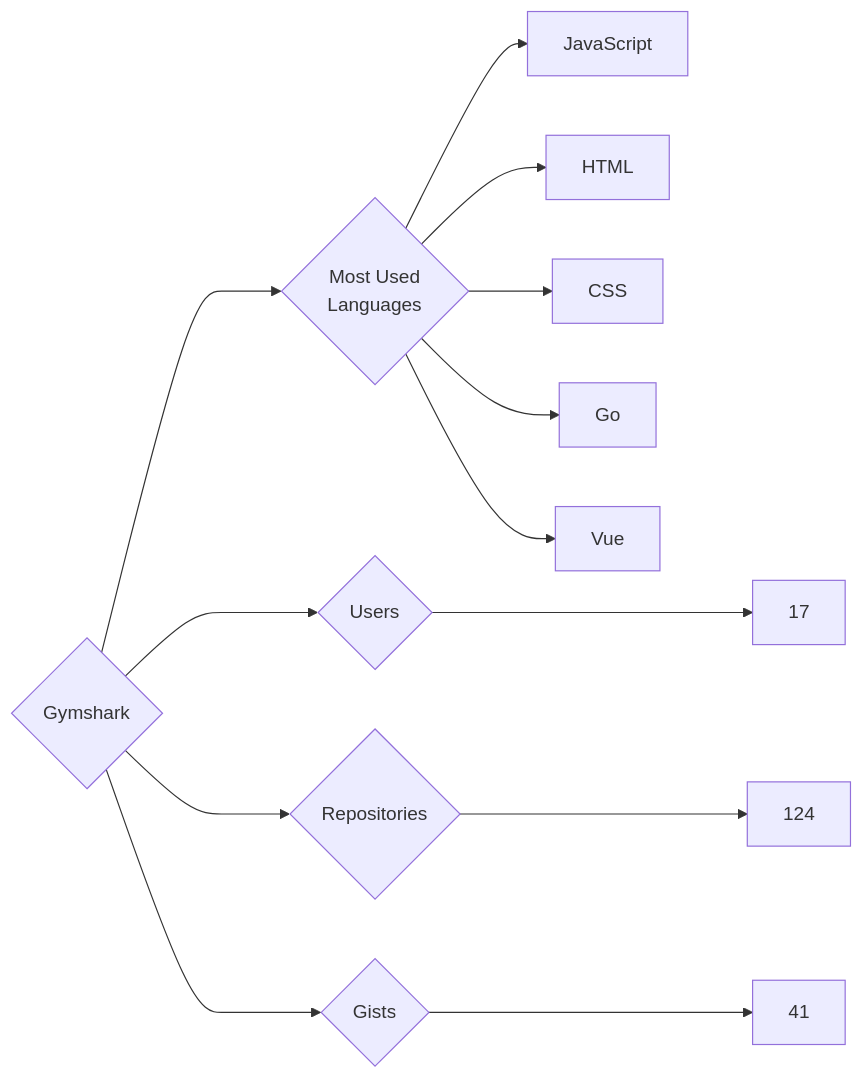
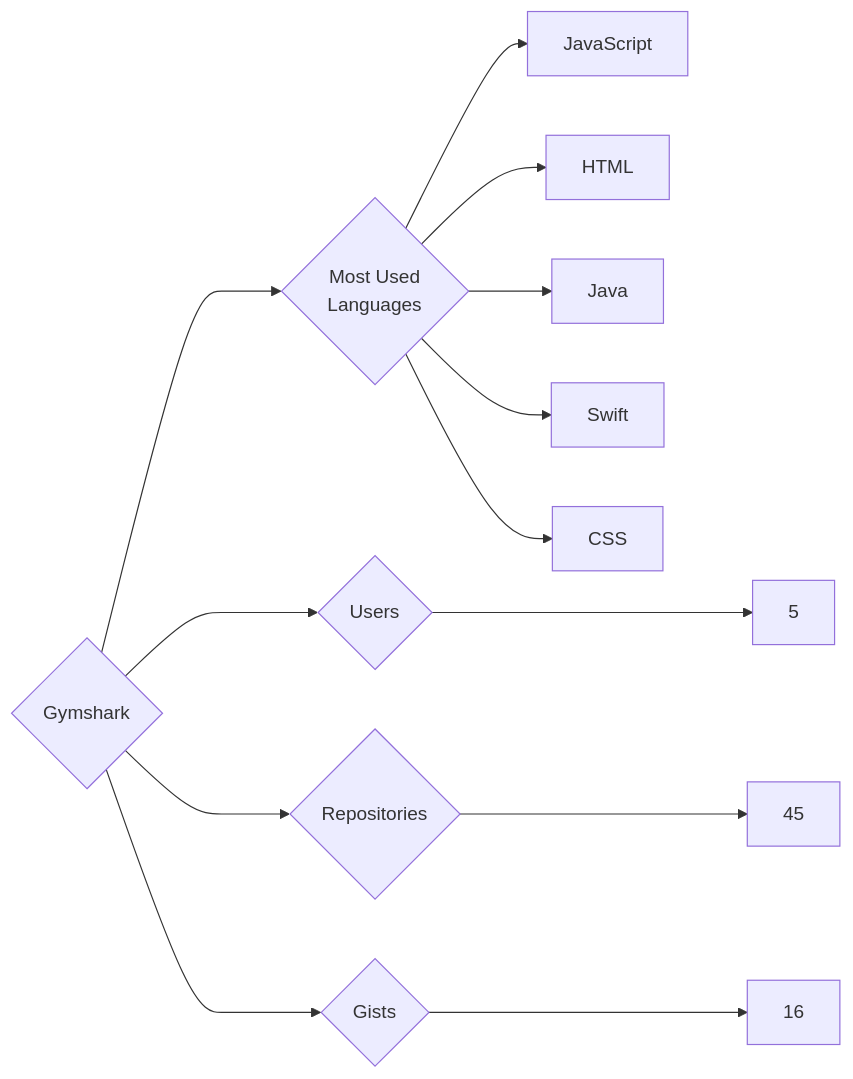
Before and after one commit to trickest/insiders: the diagram in targets/Gymshark/README.md, drawn with Mermaid. The commit also changed 1084 other files, not shown here.

````diff
--- a/targets/Gymshark/README.md
+++ b/targets/Gymshark/README.md
@@ -3,13 +3,13 @@
 ```mermaid
 graph LR
 COMPANY_NAME{Gymshark}
-COMPANY_NAME ---> U{Users} ---> UN[17]
-COMPANY_NAME ---> R{Repositories} ---> RN[124]
-COMPANY_NAME ---> G{Gists} ---> GN[41]
+COMPANY_NAME ---> U{Users} ---> UN[5]
+COMPANY_NAME ---> R{Repositories} ---> RN[45]
+COMPANY_NAME ---> G{Gists} ---> GN[16]
 COMPANY_NAME ---> ML{Most Used<br>Languages}
 ML --> JavaScript[JavaScript]
 ML --> HTML[HTML]
+ML --> Java[Java]
+ML --> Swift[Swift]
 ML --> CSS[CSS]
-ML --> Go[Go]
-ML --> Vue[Vue]
 ```
````
